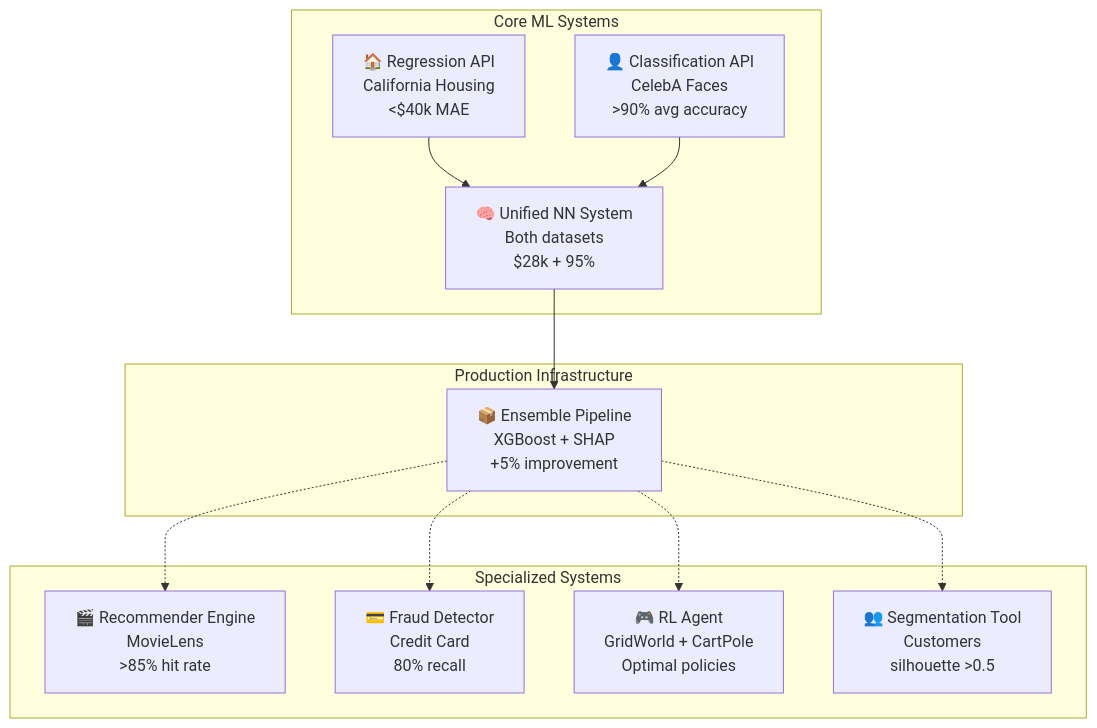
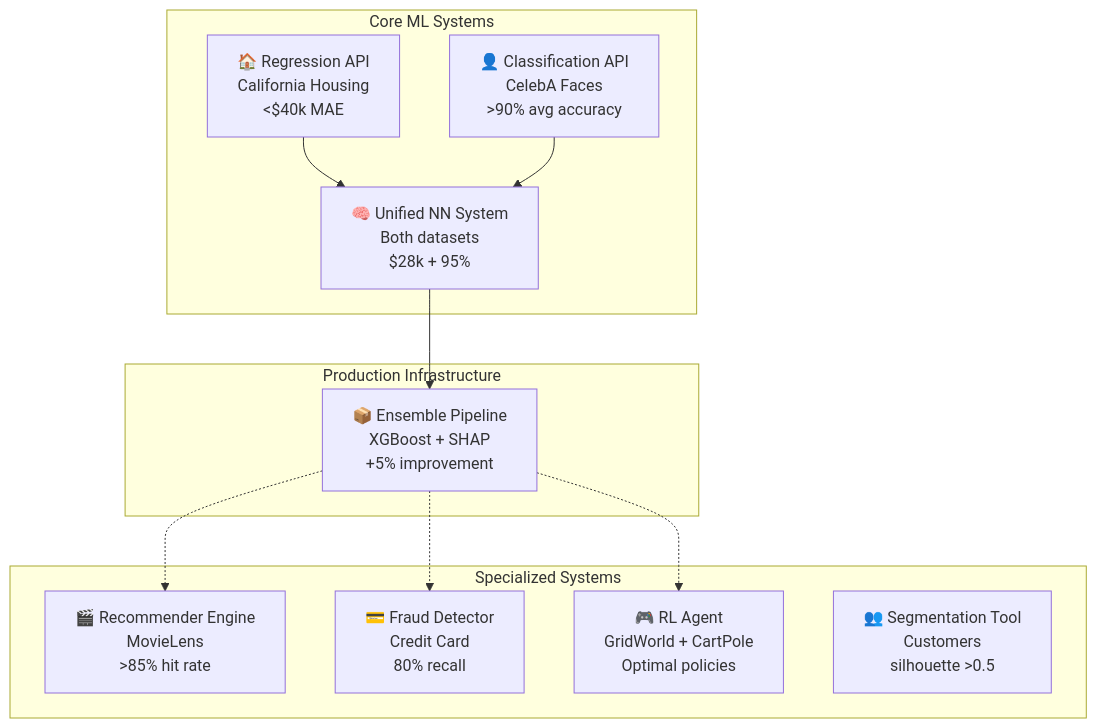
One commit to deepakshamsft/ai-portfolio changed the second of 2 diagrams in notes/ML/README.md. Above: the diagram before and after it, drawn with Mermaid. The commit also changed other lines of this file and 721 other files, not shown here.

````diff
--- a/notes/ML/README.md
+++ b/notes/ML/README.md
@@ -149,27 +157,26 @@
 ```mermaid
 graph TB
     subgraph Core["Core ML Systems"]
         Reg[🏠 Regression API<br/>California Housing<br/>&lt;$40k MAE]
         Class[👤 Classification API<br/>CelebA Faces<br/>&gt;90% avg accuracy]
         NN[🧠 Unified NN System<br/>Both datasets<br/>$28k + 95%]
     end
     
     subgraph Specialized["Specialized Systems"]
         Rec[🎬 Recommender Engine<br/>MovieLens<br/>&gt;85% hit rate]
         Anom[💳 Fraud Detector<br/>Credit Card<br/>80% recall]
         RL[🎮 RL Agent<br/>GridWorld + CartPole<br/>Optimal policies]
         Unsup[👥 Segmentation Tool<br/>Customers<br/>silhouette &gt;0.5]
     end
     
     subgraph Advanced["Production Infrastructure"]
         Ens[📦 Ensemble Pipeline<br/>XGBoost + SHAP<br/>+5% improvement]
     end
     
     Reg --> NN
     Class --> NN
     NN --> Ens
     Ens -.-> Rec
     Ens -.-> Anom
     Ens -.-> RL
-    Ens -.-> Unsup
 ```
````
